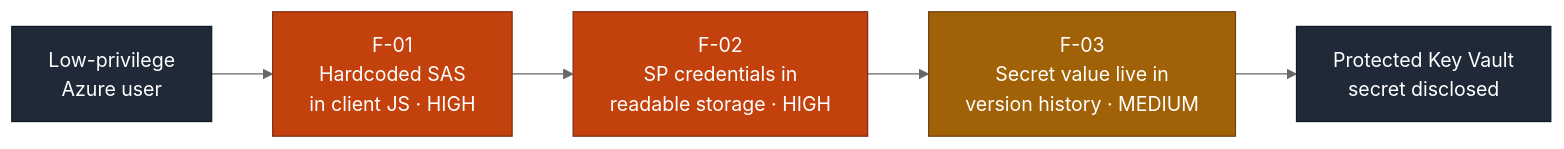
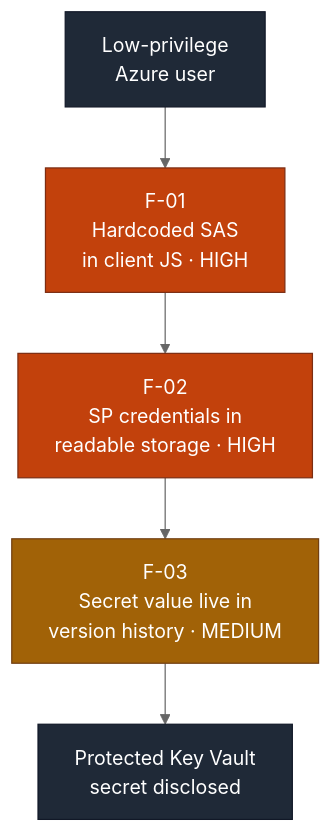
Before and after one commit to ouroboros-white/cybersecurity-portfolio: the first of 2 diagrams in reports/cloud-attack-chain-azure-2026-08.md, drawn with Mermaid (neutral theme). The commit also changed 3 other files, not shown here.

First line of the commit message:
fix: make management attack-chain diagrams top-down to avoid edge clipping

````diff
--- a/reports/cloud-attack-chain-azure-2026-08.md
+++ b/reports/cloud-attack-chain-azure-2026-08.md
@@ -50,13 +50,13 @@
 ```mermaid
-flowchart LR
+flowchart TD
     S["Low-privilege<br/>Azure user"] --> F1["F-01<br/>Hardcoded SAS<br/>in client JS · HIGH"]
     F1 --> F2["F-02<br/>SP credentials in<br/>readable storage · HIGH"]
     F2 --> F3["F-03<br/>Secret value live in<br/>version history · MEDIUM"]
     F3 --> R["Protected Key Vault<br/>secret disclosed"]
     classDef high fill:#c2410c,stroke:#7c2d12,color:#ffffff;
     classDef med fill:#a16207,stroke:#713f12,color:#ffffff;
     classDef term fill:#1f2937,stroke:#111827,color:#ffffff;
     class F1,F2 high;
     class F3 med;
     class S,R term;
 ```
````
